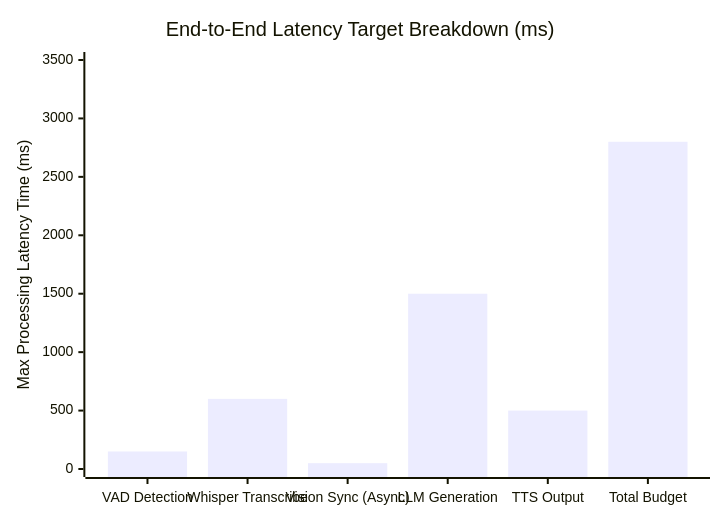
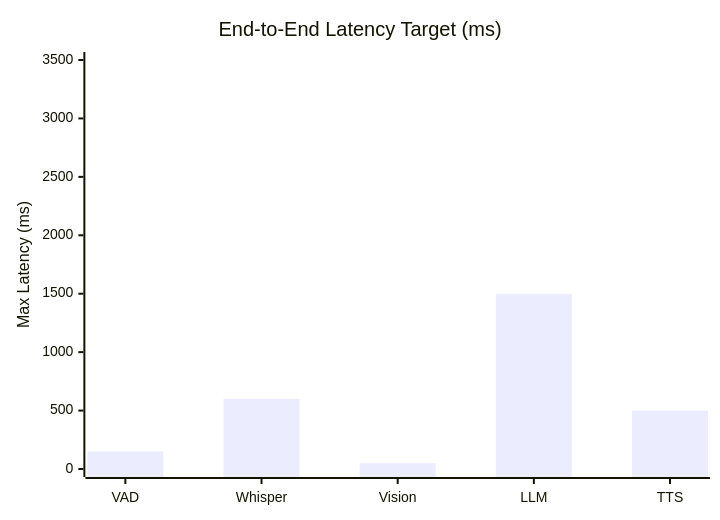
The sixth of 10 diagrams in ARCHITECTURE.md (deepanmpc/LaRa), drawn with Mermaid before and after one commit. The commit also changed other lines of this file, not shown here.

Commit message:
docs: refactor architecture diagrams for 2-column research paper optimization

````diff
--- a/ARCHITECTURE.md
+++ b/ARCHITECTURE.md
@@ -161,7 +135,7 @@
 ```mermaid
 xychart-beta
-    title "End-to-End Latency Target Breakdown (ms)"
-    x-axis ["VAD Detection", "Whisper Transcribe", "Vision Sync (Async)", "LLM Generation", "TTS Output", "Total Budget"]
-    y-axis "Max Processing Latency Time (ms)" 0 --> 3500
-    bar [150, 600, 50, 1500, 500, 2800]
+    title "End-to-End Latency Target (ms)"
+    x-axis ["VAD", "Whisper", "Vision", "LLM", "TTS"]
+    y-axis "Max Latency (ms)" 0 --> 3500
+    bar [150, 600, 50, 1500, 500]
 ```
````
